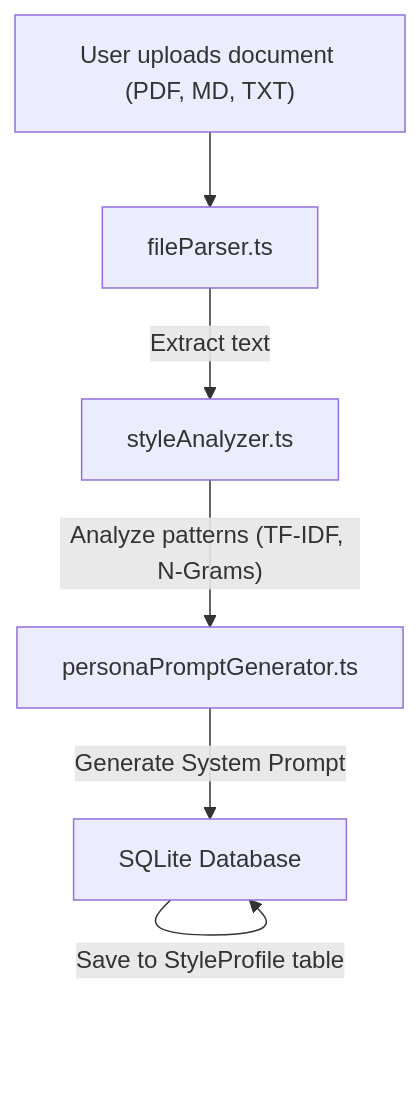
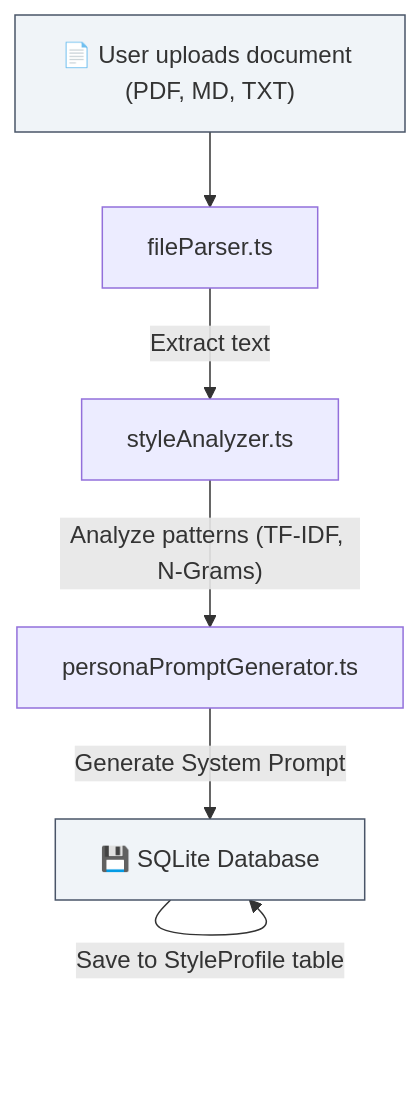
The fifth of 6 diagrams in docs/guide/architecture.md (openhoat/mesame), drawn with Mermaid before and after one commit. The commit also changed other lines of this file and 2 other files, not shown here.

First line of the commit message:
docs: improve Mermaid diagrams and remove WIP warning

````diff
--- a/docs/guide/architecture.md
+++ b/docs/guide/architecture.md
@@ -314,14 +330,17 @@
 ```mermaid
 flowchart TB
-    A["User uploads document (PDF, MD, TXT)"]
+    A["📄 User uploads document (PDF, MD, TXT)"]
     B["fileParser.ts"]
     C["styleAnalyzer.ts"]
     D["personaPromptGenerator.ts"]
-    E["SQLite Database"]
+    E["💾 SQLite Database"]
 
     A --> B
     B -->|"Extract text"| C
     C -->|"Analyze patterns (TF-IDF, N-Grams)"| D
     D -->|"Generate System Prompt"| E
     E -->|"Save to StyleProfile table"| E
+
+    style A fill:#f0f4f8,stroke:#4a5568
+    style E fill:#f0f4f8,stroke:#4a5568
 ```
````
